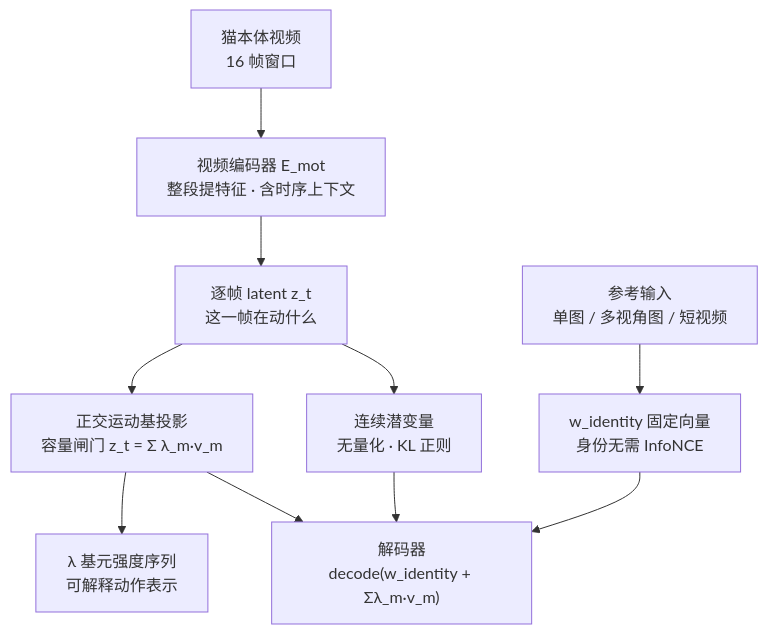
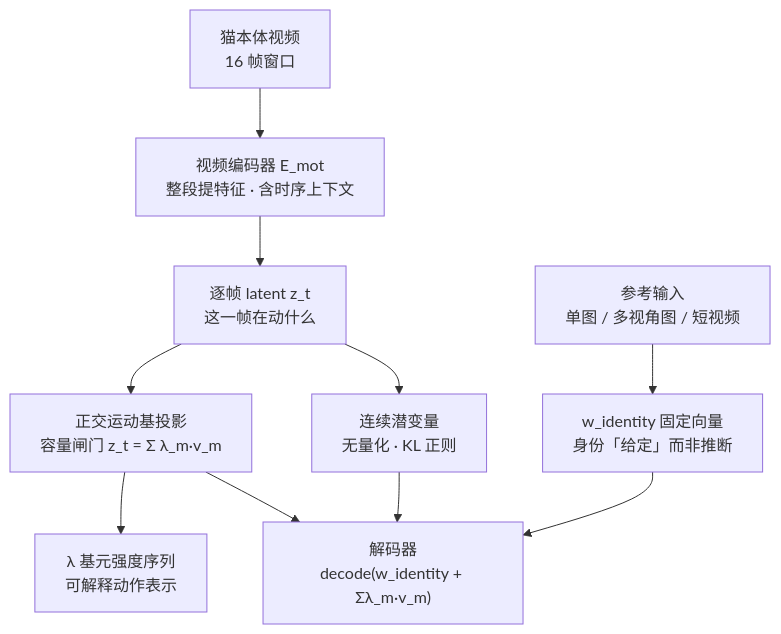
Before and after one commit to gongshangzheng/pet-action-recognition: the third of 7 diagrams in management/docs/architecture.md, drawn with Mermaid. The commit also changed other lines of this file and 8 other files, not shown here.

First line of the commit message:
docs: 清除'不用 InfoNCE'式悬空否定；背景改填白 + 损失掩码内计算

````diff
--- a/management/docs/architecture.md
+++ b/management/docs/architecture.md
@@ -151,14 +151,14 @@
 ```mermaid
 flowchart TD
     M1[猫本体视频<br/>16 帧窗口] --> M2["视频编码器 E_mot<br/>整段提特征 · 含时序上下文"]
     M2 --> M5[逐帧 latent z_t<br/>这一帧在动什么]
 
     M5 --> M7["正交运动基投影<br/>容量闸门 z_t = Σ λ_m·v_m"]
     M7 --> M8["λ 基元强度序列<br/>可解释动作表示"]
 
     M5 --> M6[连续潜变量<br/>无量化 · KL 正则]
     M6 --> M9["解码器<br/>decode(w_identity + Σλ_m·v_m)"]
-    R1["参考输入<br/>单图 / 多视角图 / 短视频"] --> M10["w_identity 固定向量<br/>身份无需 InfoNCE"]
+    R1["参考输入<br/>单图 / 多视角图 / 短视频"] --> M10["w_identity 固定向量<br/>身份「给定」而非推断"]
     M10 --> M9
     M7 --> M9
 ```
````
